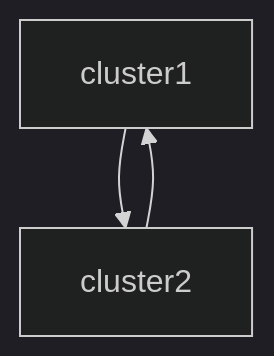
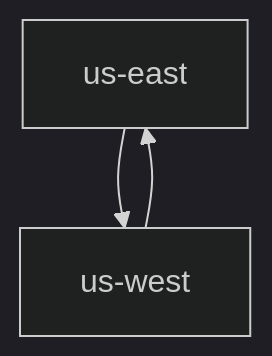
Before and after one commit to streamnative/pulsar-resources-operator: the diagram in docs/pulsar_geo_replication.md, drawn with Mermaid (dark theme). The commit also changed other lines of this file, not shown here.

````diff
--- a/docs/pulsar_geo_replication.md
+++ b/docs/pulsar_geo_replication.md
@@ -41,5 +41,5 @@
 ```mermaid
 graph TD;
-   cluster1-->cluster2;
-   cluster2-->cluster1;
+  us-east-->us-west;
+  us-west-->us-east;
 ```
````
